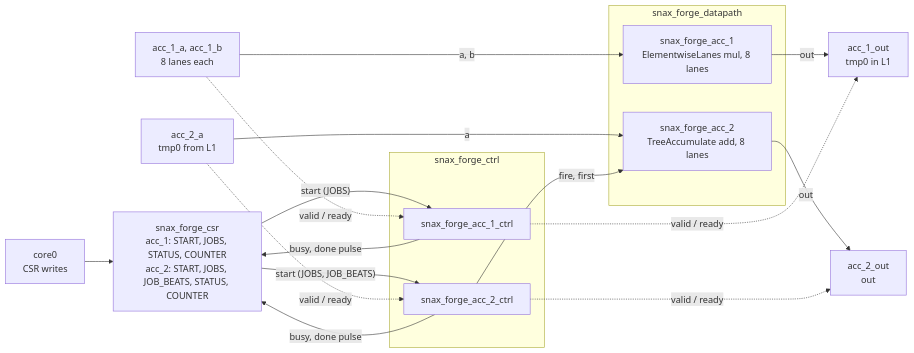
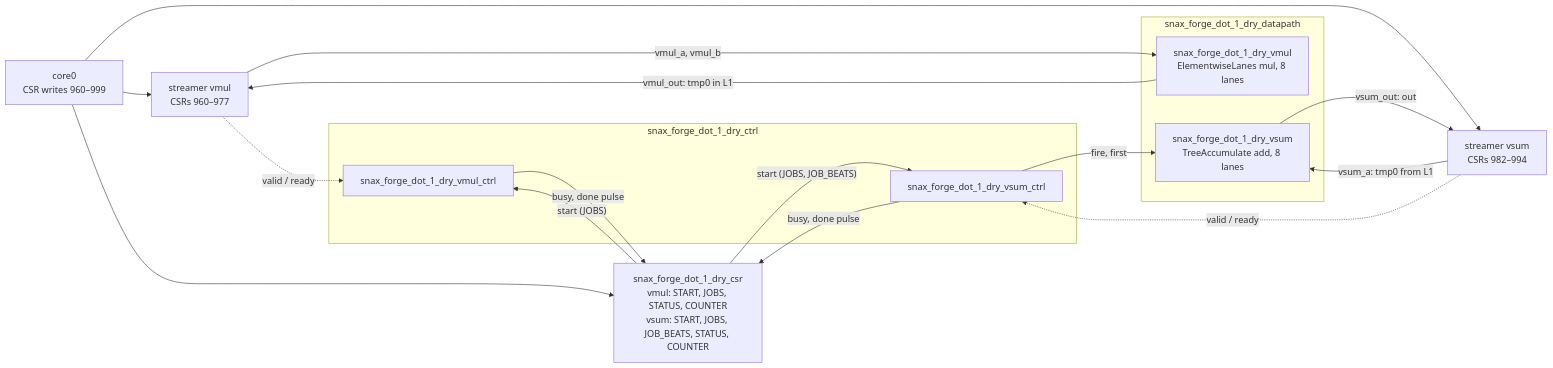
One commit to KULeuven-MICAS/snax-forge changed the diagram in examples/dryrun/2_dot_1.md. Above: the diagram before and after it, drawn with Mermaid. The commit also changed other lines of this file, not shown here.

Commit message:
P1: dot 1 dry run again on SLOT1, two accelerators and dot_1_enc

````diff
--- a/examples/dryrun/2_dot_1.md
+++ b/examples/dryrun/2_dot_1.md
@@ -303,25 +373,25 @@
 ```mermaid
 flowchart LR
-  core["core0<br/>CSR writes"] --> csr["snax_forge_csr<br/>acc_1: START, JOBS, STATUS, COUNTER<br/>acc_2: START, JOBS, JOB_BEATS, STATUS, COUNTER"]
-  subgraph ctrl["snax_forge_ctrl"]
-    c1["snax_forge_acc_1_ctrl"]
-    c2["snax_forge_acc_2_ctrl"]
+  core["core0<br/>CSR writes 960–999"] --> svm["streamer vmul<br/>CSRs 960–977"]
+  core --> svs["streamer vsum<br/>CSRs 982–994"]
+  core --> csr["snax_forge_dot_1_dry_csr<br/>vmul: START, JOBS, STATUS, COUNTER<br/>vsum: START, JOBS, JOB_BEATS, STATUS, COUNTER"]
+  subgraph ctrl["snax_forge_dot_1_dry_ctrl"]
+    c1["snax_forge_dot_1_dry_vmul_ctrl"]
+    c2["snax_forge_dot_1_dry_vsum_ctrl"]
   end
-  subgraph dp["snax_forge_datapath"]
-    d1["snax_forge_acc_1<br/>ElementwiseLanes mul, 8 lanes"]
-    d2["snax_forge_acc_2<br/>TreeAccumulate add, 8 lanes"]
+  subgraph dp["snax_forge_dot_1_dry_datapath"]
+    d1["snax_forge_dot_1_dry_vmul<br/>ElementwiseLanes mul, 8 lanes"]
+    d2["snax_forge_dot_1_dry_vsum<br/>TreeAccumulate add, 8 lanes"]
   end
   csr -- "start (JOBS)" --> c1
   csr -- "start (JOBS, JOB_BEATS)" --> c2
   c1 -- "busy, done pulse" --> csr
   c2 -- "busy, done pulse" --> csr
-  s1["acc_1_a, acc_1_b<br/>8 lanes each"] -- "a, b" --> d1
-  d1 -- "out" --> s1o["acc_1_out<br/>tmp0 in L1"]
-  s2["acc_2_a<br/>tmp0 from L1"] -- "a" --> d2
-  d2 -- "out" --> s2o["acc_2_out<br/>out"]
-  s1 -. "valid / ready" .-> c1
-  c1 -. "valid / ready" .-> s1o
-  s2 -. "valid / ready" .-> c2
-  c2 -. "valid / ready" .-> s2o
+  svm -- "vmul_a, vmul_b" --> d1
+  d1 -- "vmul_out: tmp0 in L1" --> svm
+  svs -- "vsum_a: tmp0 from L1" --> d2
+  d2 -- "vsum_out: out" --> svs
+  svm -. "valid / ready" .-> c1
+  svs -. "valid / ready" .-> c2
   c2 -- "fire, first" --> d2
 ```
````
